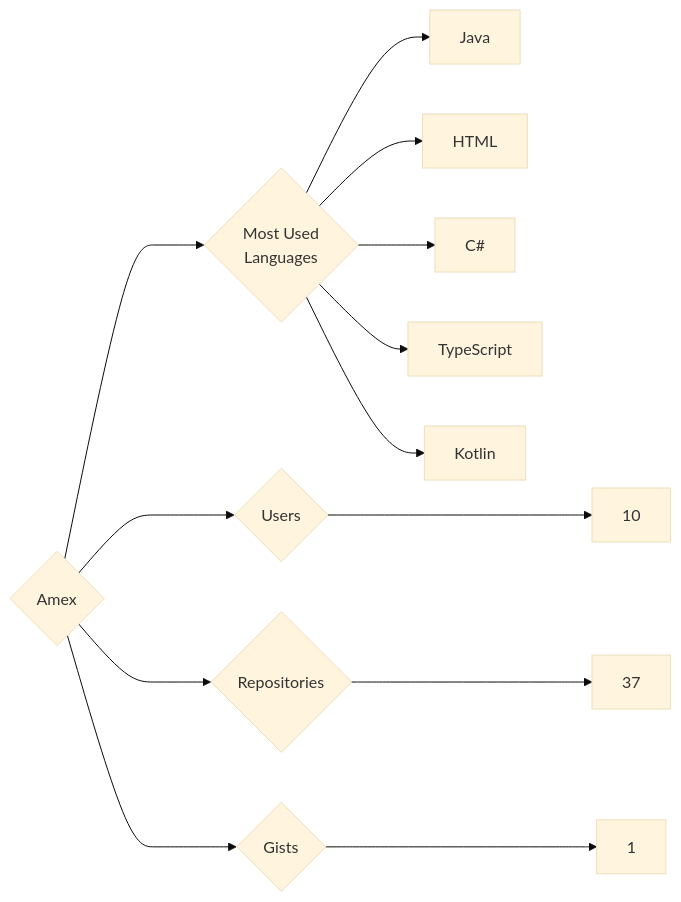
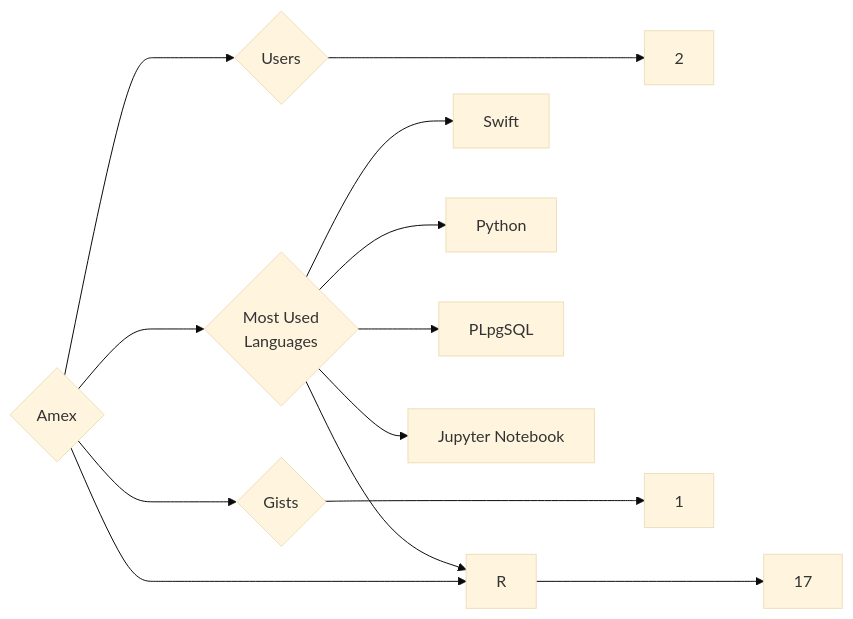
The diagram in targets/Amex/README.md (trickest/insiders), drawn with Mermaid (base theme) before and after one commit. The commit also changed 1238 other files, not shown here.

````diff
--- a/targets/Amex/README.md
+++ b/targets/Amex/README.md
@@ -3,13 +3,13 @@
 ```mermaid
 graph LR
 COMPANY_NAME{Amex}
-COMPANY_NAME ---> U{Users} ---> UN[10]
-COMPANY_NAME ---> R{Repositories} ---> RN[37]
+COMPANY_NAME ---> U{Users} ---> UN[2]
+COMPANY_NAME ---> R{Repositories} ---> RN[17]
 COMPANY_NAME ---> G{Gists} ---> GN[1]
 COMPANY_NAME ---> ML{Most Used<br>Languages}
-ML --> Java[Java]
-ML --> HTML[HTML]
-ML --> C#[C#]
-ML --> TypeScript[TypeScript]
-ML --> Kotlin[Kotlin]
+ML --> Swift[Swift]
+ML --> Python[Python]
+ML --> R[R]
+ML --> PLpgSQL[PLpgSQL]
+ML --> Jupyter_Notebook[Jupyter Notebook]
 ```
````
